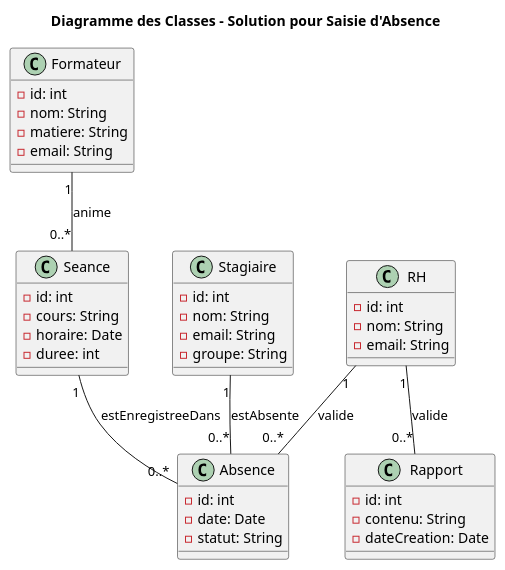
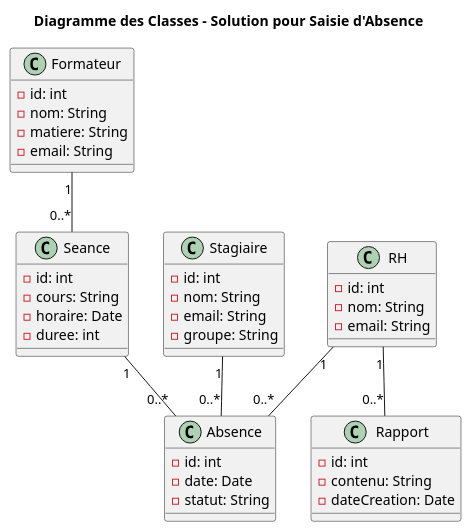
Before and after one commit to DevZakariaAz/19.Ui_Ux_Session: the diagram in Conception/diagramme_des_classes.plantuml, drawn with PlantUML. The commit also changed 5 other files, not shown here.

Commit message:
Update Use case and diagramme des classes

```diff
--- a/Conception/diagramme_des_classes.plantuml
+++ b/Conception/diagramme_des_classes.plantuml
@@ -1,50 +1,50 @@
 @startuml
 title Diagramme des Classes - Solution pour Saisie d'Absence
 
 class Formateur {
   - id: int
   - nom: String
   - matiere: String
   - email: String
 }
 
 class RH {
   - id: int
   - nom: String
   - email: String
 }
 
 class Absence {
   - id: int
   - date: Date
   - statut: String
 }
 
 class Rapport {
   - id: int
   - contenu: String
   - dateCreation: Date
 }
 
 class Seance {
   - id: int
   - cours: String
   - horaire: Date
   - duree: int
 }
 
 class Stagiaire {
   - id: int
   - nom: String
   - email: String
   - groupe: String
 }
 
 
-Formateur "1" -- "0..*" Seance : anime
-Seance "1" -- "0..*" Absence : estEnregistreeDans
-Stagiaire "1" -- "0..*" Absence : estAbsente
-RH "1" -- "0..*" Rapport : valide
-RH "1" -- "0..*" Absence : valide
+Formateur "1" -- "0..*" Seance 
+Seance "1" -- "0..*" Absence 
+Stagiaire "1" -- "0..*" Absence 
+RH "1" -- "0..*" Rapport 
+RH "1" -- "0..*" Absence 
 
 @enduml
```
